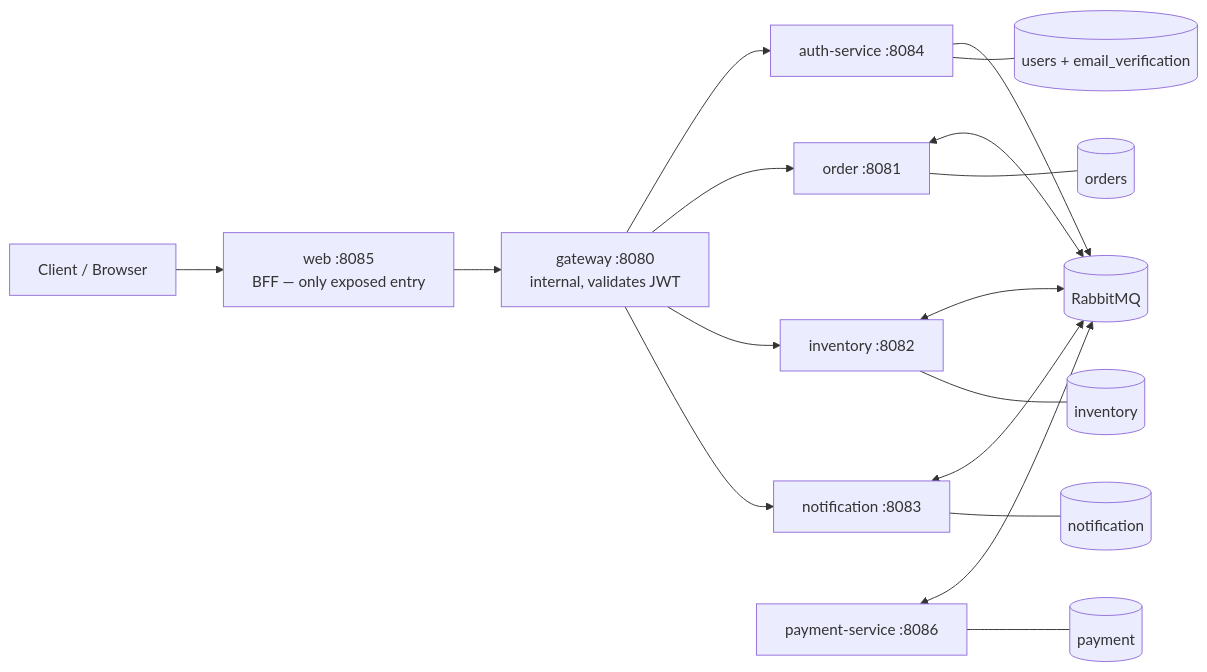
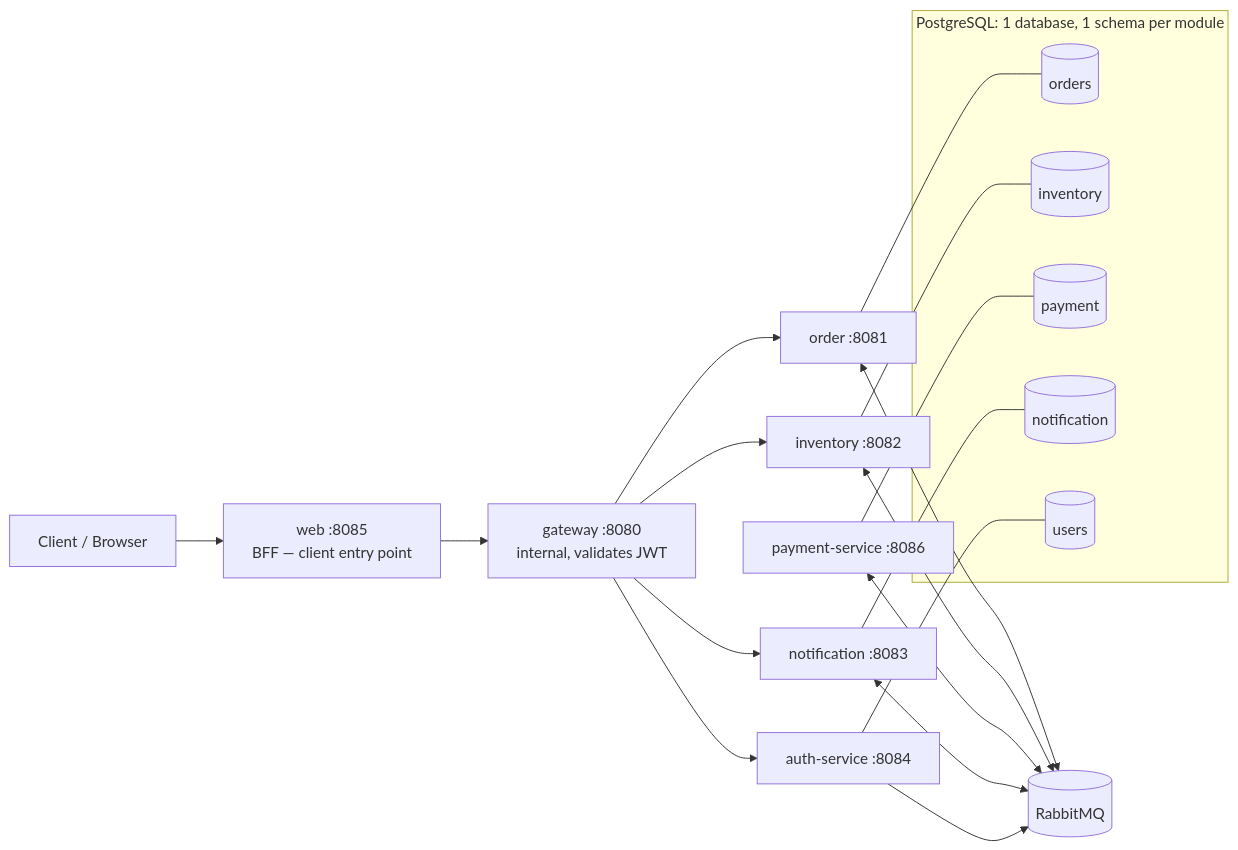
One commit to DevNic0las/order-flow changed the diagram in README.en.md. Above: the diagram before and after it, drawn with Mermaid. The commit also changed other lines of this file and 3 other files, not shown here.

````diff
--- a/README.en.md
+++ b/README.en.md
@@ -24,22 +24,30 @@
 ```mermaid
 flowchart LR
-  Client[Client / Browser] --> WEB[web :8085<br/>BFF — only exposed entry]
+  Client[Client / Browser] --> WEB[web :8085<br/>BFF — client entry point]
   WEB --> GW[gateway :8080<br/>internal, validates JWT]
 
   GW --> AUTH[auth-service :8084]
   GW --> ORD[order :8081]
   GW --> INV[inventory :8082]
   GW --> NOT[notification :8083]
 
   ORD <--> MQ[(RabbitMQ)]
   INV <--> MQ
   PAY[payment-service :8086] <--> MQ
   NOT <--> MQ
   AUTH --> MQ
 
-  ORD --- DB1[(orders)]
-  INV --- DB2[(inventory)]
-  PAY --- DB3[(payment)]
-  NOT --- DB4[(notification)]
-  AUTH --- DB5[(users + email_verification)]
+  subgraph PG["PostgreSQL: 1 database, 1 schema per module"]
+    DB_ORD[(orders)]
+    DB_INV[(inventory)]
+    DB_PAY[(payment)]
+    DB_NOT[(notification)]
+    DB_USR[(users)]
+  end
+
+  ORD --- DB_ORD
+  INV --- DB_INV
+  PAY --- DB_PAY
+  NOT --- DB_NOT
+  AUTH --- DB_USR
 ```
````
